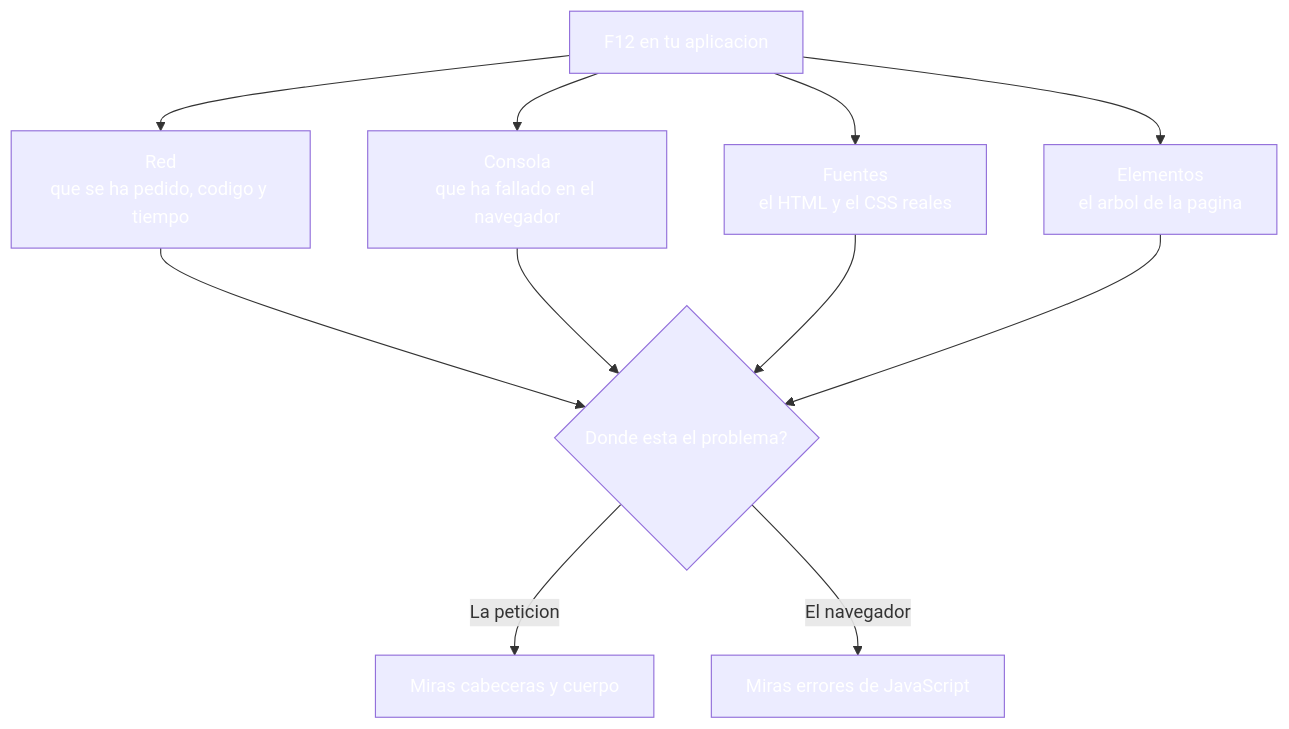
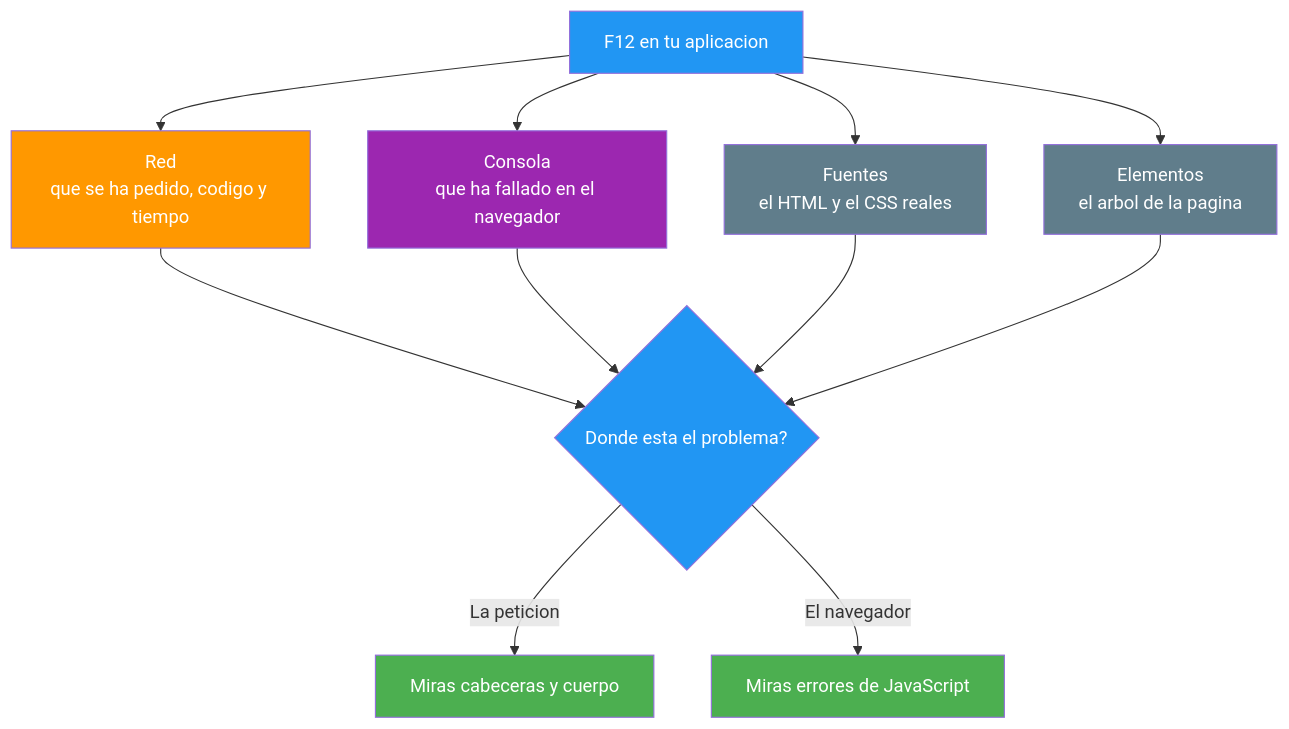
One commit to joseluisgs/DesarrolloWebEntornosServidor-03-2026-2027 changed the fourth of 6 diagrams in 23-herramientas-debug.md. Above: the diagram before and after it, drawn with Mermaid. The commit also changed other lines of this file and 25 other files, not shown here.

Commit message:
docs: corregir los estilos Mermaid de los temas y alinear el dominio del tema 25 con ProductosApp

````diff
--- a/23-herramientas-debug.md
+++ b/23-herramientas-debug.md
@@ -203,21 +203,21 @@
 ```mermaid
 graph TD
     F["F12 en tu aplicacion"] --> R["Red<br/>que se ha pedido, codigo y tiempo"]
     F --> K["Consola<br/>que ha fallado en el navegador"]
     F --> S["Fuentes<br/>el HTML y el CSS reales"]
     F --> E["Elementos<br/>el arbol de la pagina"]
     R --> P{"Donde esta el problema?"}
     K --> P
     S --> P
     E --> P
     P -->|La peticion| D["Miras cabeceras y cuerpo"]
     P -->|El navegador| J["Miras errores de JavaScript"]
-    style F fill:#2196F,color:#fff3,color:#fff
-    style R fill:#FF980,color:#fff0,color:#fff
-    style K fill:#9C27B,color:#fff0,color:#fff
-    style S fill:#607D8,color:#fffB,color:#fff
-    style E fill:#607D8,color:#fffB,color:#fff
-    style P fill:#2196F,color:#fff3,color:#fff
-    style D fill:#4CAF5,color:#fff0,color:#fff
-    style J fill:#4CAF5,color:#fff0,color:#fff
+    style F fill:#2196F3,color:#fff
+    style R fill:#FF9800,color:#fff
+    style K fill:#9C27B0,color:#fff
+    style S fill:#607D8B,color:#fff
+    style E fill:#607D8B,color:#fff
+    style P fill:#2196F3,color:#fff
+    style D fill:#4CAF50,color:#fff
+    style J fill:#4CAF50,color:#fff
 ```
````
